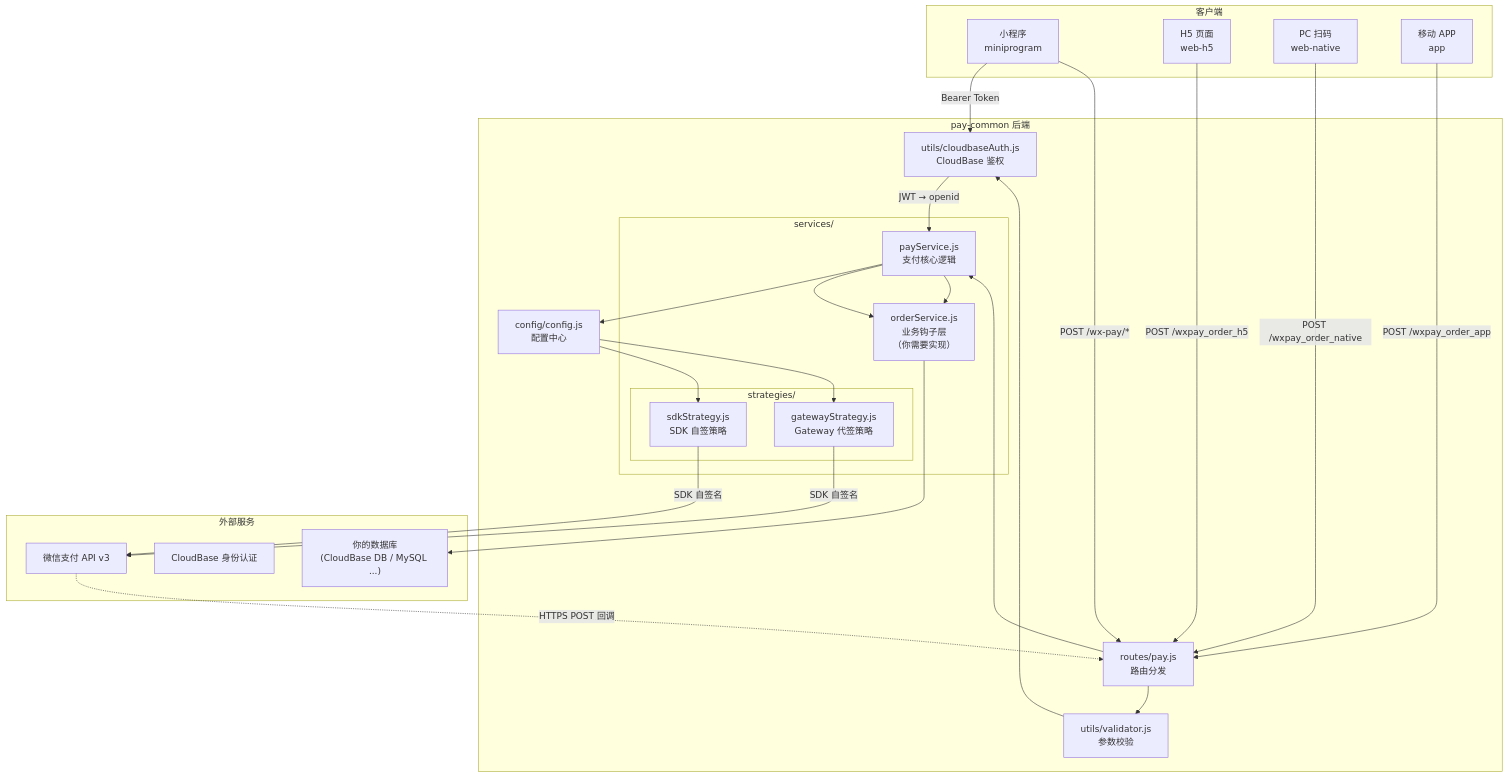
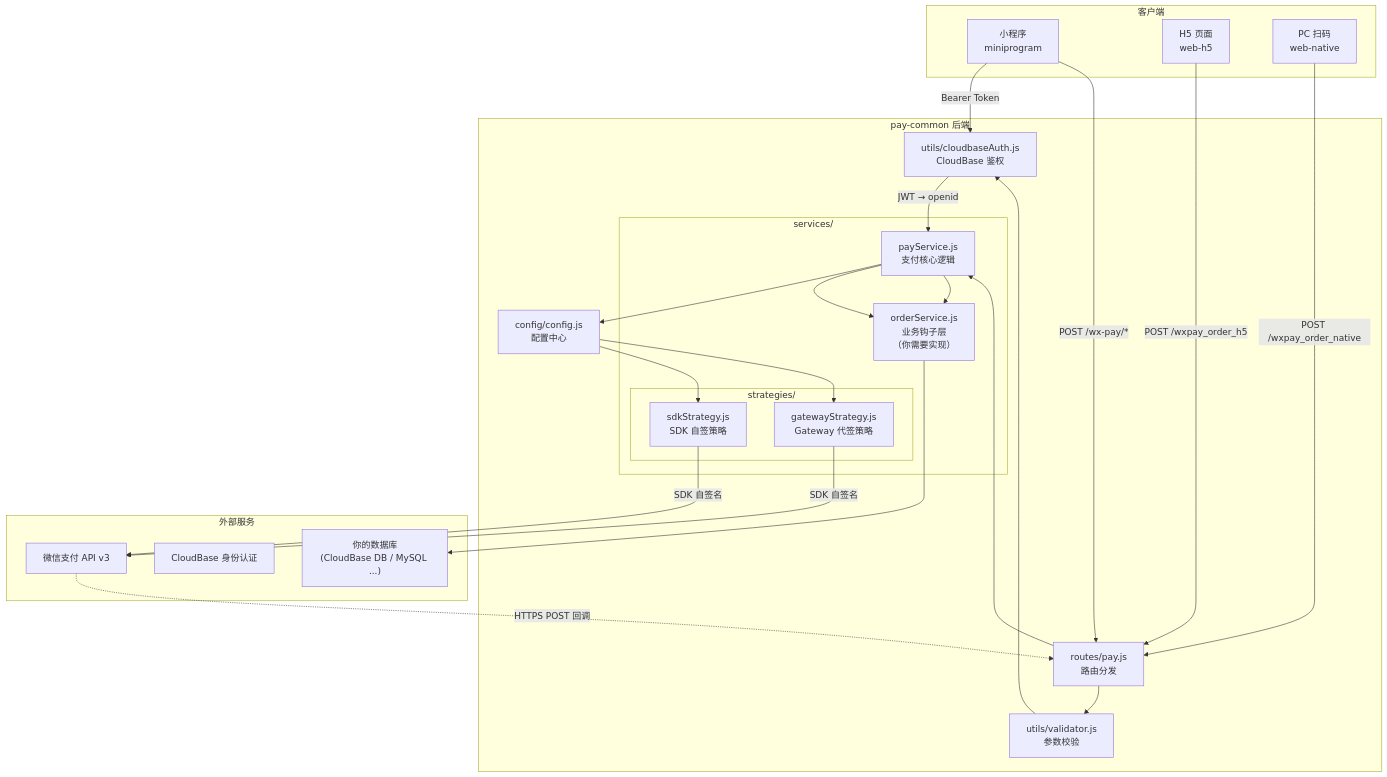
The first of 4 diagrams in integration/cloudbase-wx-pay/skill/cloudbase-wechatpay/assets/architecture.md (TencentCloudBase/awesome-cloudbase-examples), drawn with Mermaid before and after one commit. The commit also changed other lines of this file and 129 other files, not shown here.

````diff
--- a/integration/cloudbase-wx-pay/skill/cloudbase-wechatpay/assets/architecture.md
+++ b/integration/cloudbase-wx-pay/skill/cloudbase-wechatpay/assets/architecture.md
@@ -5,57 +5,55 @@
 ```mermaid
 graph TB
     subgraph Clients["客户端"]
         MP["小程序<br/>miniprogram"]
         H5["H5 页面<br/>web-h5"]
         NATIVE["PC 扫码<br/>web-native"]
-        APP["移动 APP<br/>app"]
     end
 
     subgraph PayCommon["pay-common 后端"]
         Router["routes/pay.js<br/>路由分发"]
         Validator["utils/validator.js<br/>参数校验"]
         Config["config/config.js<br/>配置中心"]
 
         subgraph Services["services/"]
             PaySvc["payService.js<br/>支付核心逻辑"]
             OrderSvc["orderService.js<br/>业务钩子层<br/>（你需要实现）"]
 
             subgraph Strategies["strategies/"]
                 SDKStrat["sdkStrategy.js<br/>SDK 自签策略"]
                 GWStrat["gatewayStrategy.js<br/>Gateway 代签策略"]
             end
         end
 
         Auth["utils/cloudbaseAuth.js<br/>CloudBase 鉴权"]
     end
 
     subgraph External["外部服务"]
         WXPAY["微信支付 API v3"]
         CBAuthSvc["CloudBase 身份认证"]
         DB["你的数据库<br/>(CloudBase DB / MySQL ...)"]
     end
 
     %% 客户端调用
     MP -->|"Bearer Token"| Auth
     MP -->|"POST /wx-pay/*"| Router
     H5 -->|"POST /wxpay_order_h5"| Router
     NATIVE -->|"POST /wxpay_order_native"| Router
-    APP -->|"POST /wxpay_order_app"| Router
 
     %% 内部流转
     Router --> Validator
     Validator --> Auth
     Auth -->|"JWT → openid"| PaySvc
     PaySvc --> Config
     Config --> SDKStrat
     Config --> GWStrat
     SDKStrat -->|"SDK 自签名"| WXPAY
     GWStrat -->|"SDK 自签名"| WXPAY
     PaySvc --> OrderSvc
     OrderSvc --> DB
 
     %% 回调
     WXPAY -.->|"HTTPS POST 回调"| Router
     Router --> PaySvc
     PaySvc --> OrderSvc
 ```
````
